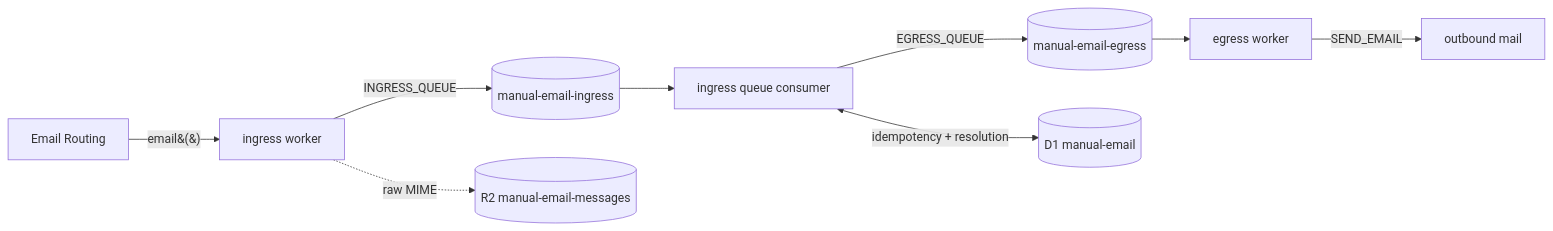
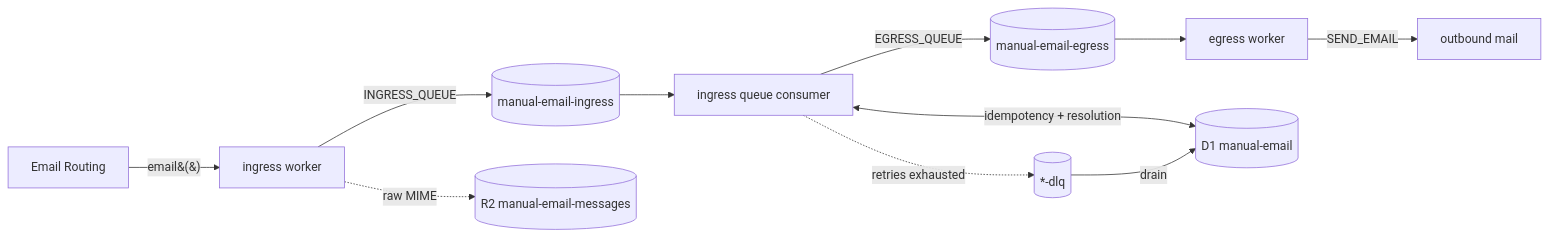
Before and after one commit to rorz/manual.email: the diagram in docs/architecture.md, drawn with Mermaid. The commit also changed other lines of this file and 12 other files, not shown here.

````diff
--- a/docs/architecture.md
+++ b/docs/architecture.md
@@ -26,10 +26,12 @@
 ```mermaid
 flowchart LR
   MX[Email Routing] -->|email&#40;&#41;| IN[ingress worker]
   IN -->|INGRESS_QUEUE| INQ[(manual-email-ingress)]
   INQ --> INC[ingress queue consumer]
   INC -->|EGRESS_QUEUE| EGQ[(manual-email-egress)]
   EGQ --> EG[egress worker] -->|SEND_EMAIL| OUT[outbound mail]
   INC <-->|idempotency + resolution| D1[(D1 manual-email)]
   IN -.raw MIME.-> R2[(R2 manual-email-messages)]
+  INC -.retries exhausted.-> DLQ[(*-dlq)]
+  DLQ -->|drain| D1
 ```
````
